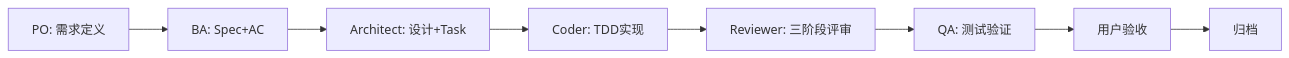
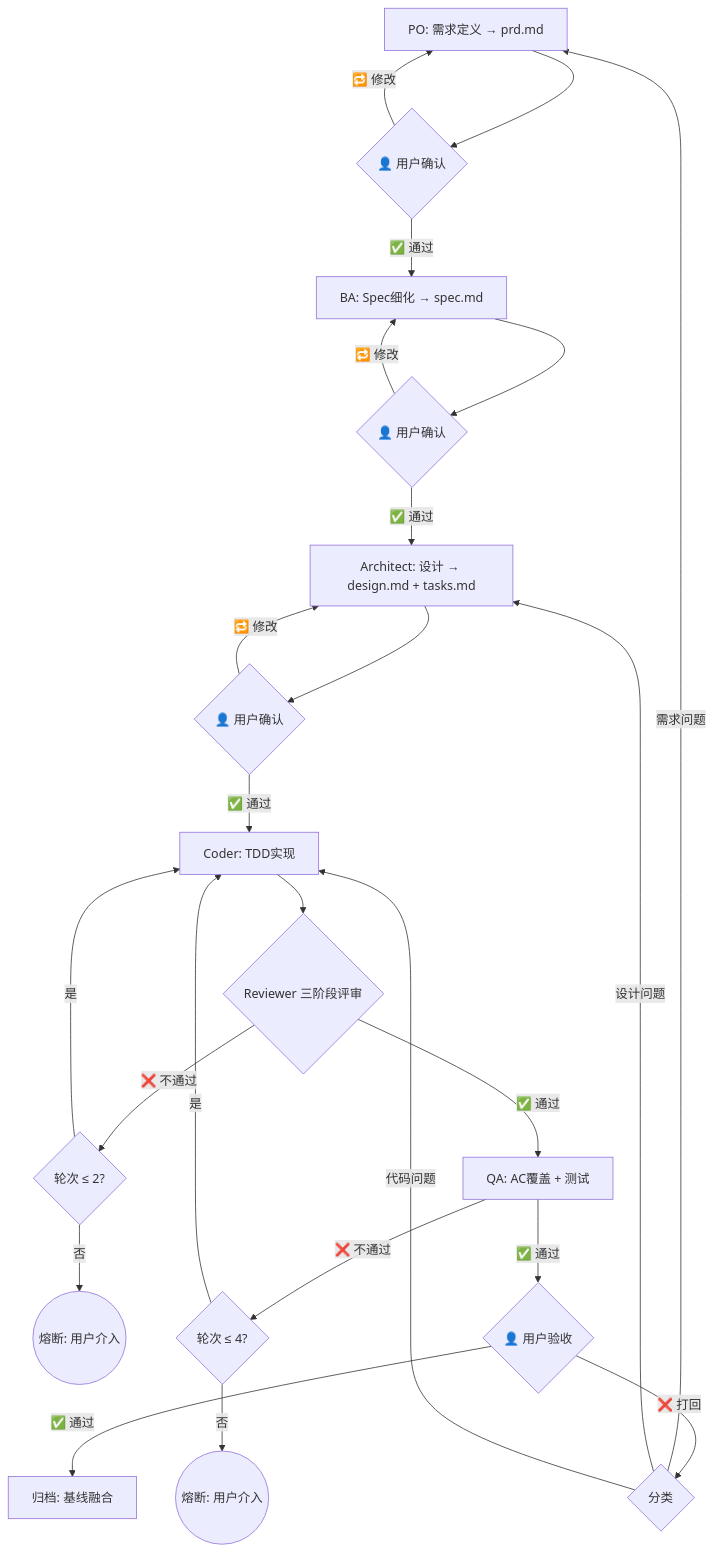
The diagram in README.md (NEU-JING/hermes-harness), drawn with Mermaid before and after one commit. The commit also changed other lines of this file, not shown here.

Commit message:
docs: 完善 SDD 流程描述 — 门禁卡点 + 回退闭环 + 熔断机制

````diff
--- a/README.md
+++ b/README.md
@@ -11,10 +11,31 @@
 ```mermaid
-graph LR
-    PO[PO: 需求定义] --> BA[BA: Spec+AC]
-    BA --> AR[Architect: 设计+Task]
-    AR --> CO[Coder: TDD实现]
-    CO --> RE[Reviewer: 三阶段评审]
-    RE --> QA[QA: 测试验证]
-    QA --> UA[用户验收]
-    UA --> ARV[归档]
+graph TD
+    PO[PO: 需求定义 → prd.md] --> G1{👤 用户确认}
+    G1 -->|✅ 通过| BA[BA: Spec细化 → spec.md]
+    G1 -->|🔁 修改| PO
+
+    BA --> G2{👤 用户确认}
+    G2 -->|✅ 通过| AR[Architect: 设计 → design.md + tasks.md]
+    G2 -->|🔁 修改| BA
+
+    AR --> G3{👤 用户确认}
+    G3 -->|✅ 通过| CO[Coder: TDD实现]
+    G3 -->|🔁 修改| AR
+
+    CO --> RE{Reviewer 三阶段评审}
+    RE -->|✅ 通过| QA[QA: AC覆盖 + 测试]
+    RE -->|❌ 不通过| RE_LOOP{轮次 ≤ 2?}
+    RE_LOOP -->|是| CO
+    RE_LOOP -->|否| MB1((熔断: 用户介入))
+
+    QA -->|✅ 通过| UA{👤 用户验收}
+    QA -->|❌ 不通过| QA_LOOP{轮次 ≤ 4?}
+    QA_LOOP -->|是| CO
+    QA_LOOP -->|否| MB2((熔断: 用户介入))
+
+    UA -->|✅ 通过| ARV[归档: 基线融合]
+    UA -->|❌ 打回| UA_CLASS{分类}
+    UA_CLASS -->|需求问题| PO
+    UA_CLASS -->|设计问题| AR
+    UA_CLASS -->|代码问题| CO
 ```
````
